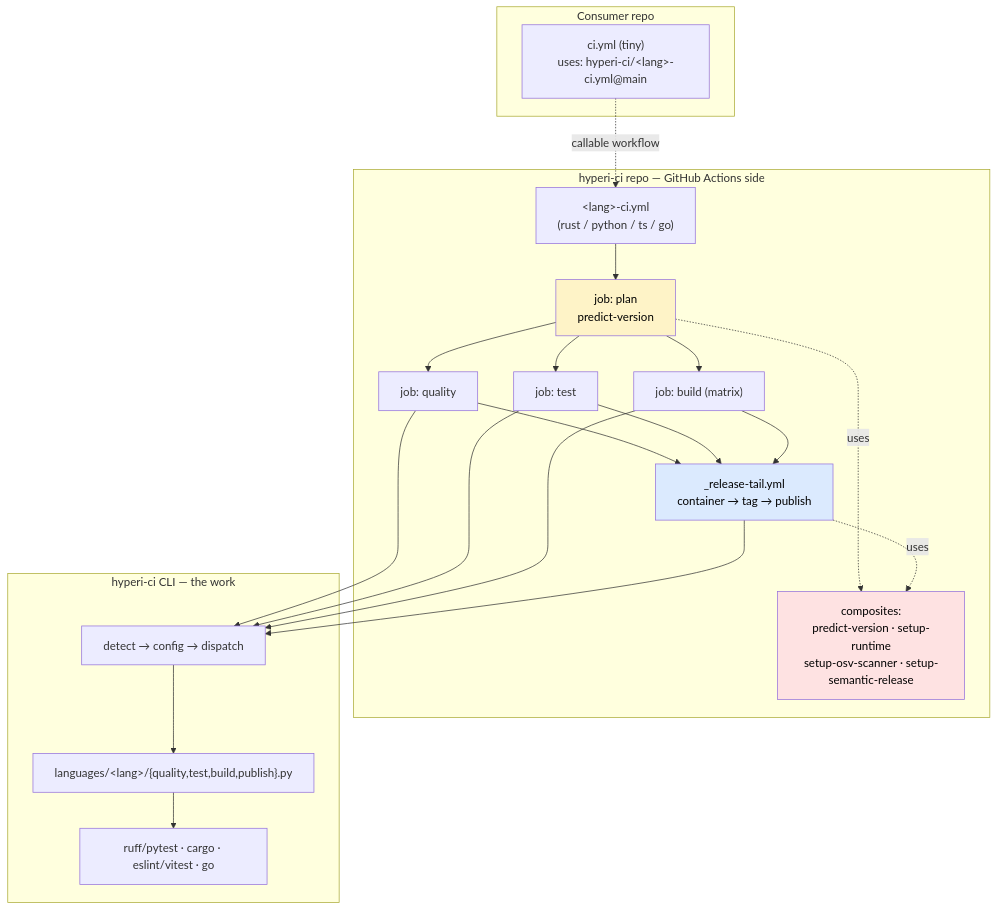
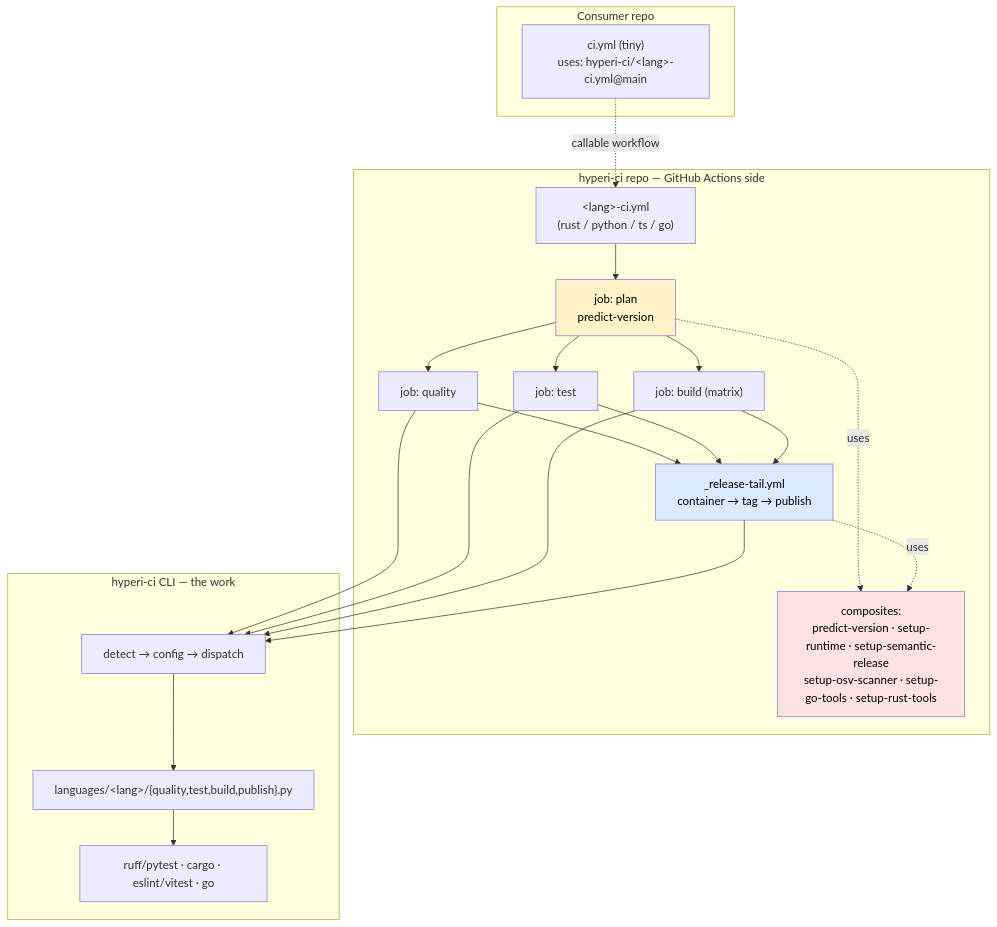
One commit to hyperi-io/hyperi-ci changed the diagram in docs/README.md. Above: the diagram before and after it, drawn with Mermaid. The commit also changed 19 other files, not shown here.

````diff
--- a/docs/README.md
+++ b/docs/README.md
@@ -31,32 +31,32 @@
 ```mermaid
 flowchart TB
     subgraph Consumer["Consumer repo"]
         CI["ci.yml (tiny)<br/>uses: hyperi-ci/&lt;lang&gt;-ci.yml@main"]
     end
 
     subgraph HCI["hyperi-ci repo — GitHub Actions side"]
         L["&lt;lang&gt;-ci.yml<br/>(rust / python / ts / go)"]
         P["job: plan<br/>predict-version"]
         Q["job: quality"]
         T["job: test"]
         B["job: build (matrix)"]
         RT["_release-tail.yml<br/>container → tag → publish"]
-        COMP["composites:<br/>predict-version · setup-runtime<br/>setup-osv-scanner · setup-semantic-release"]
+        COMP["composites:<br/>predict-version · setup-runtime · setup-semantic-release<br/>setup-osv-scanner · setup-go-tools · setup-rust-tools"]
     end
 
     subgraph CLI["hyperi-ci CLI — the work"]
         D["detect → config → dispatch"]
         H["languages/&lt;lang&gt;/{quality,test,build,publish}.py"]
         Tools["ruff/pytest · cargo · eslint/vitest · go"]
     end
 
     CI -.callable workflow.-> L
     L --> P --> Q & T & B --> RT
     P -.uses.-> COMP
     RT -.uses.-> COMP
     Q & T & B & RT --> D --> H --> Tools
 
     style P fill:#fef3c7,color:#000
     style RT fill:#dbeafe,color:#000
     style COMP fill:#fee2e2,color:#000
 ```
````
